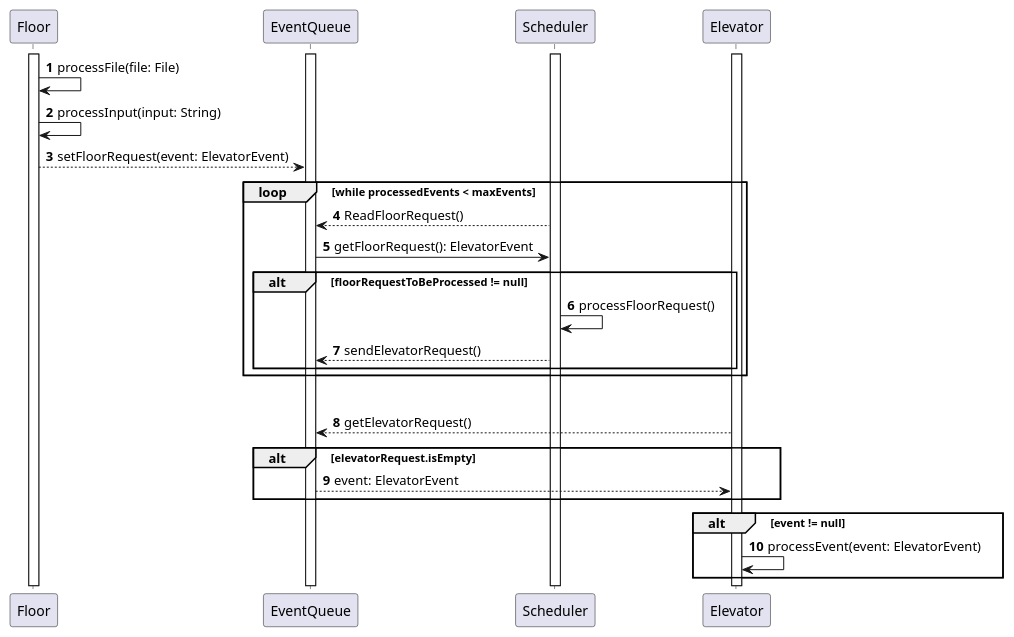
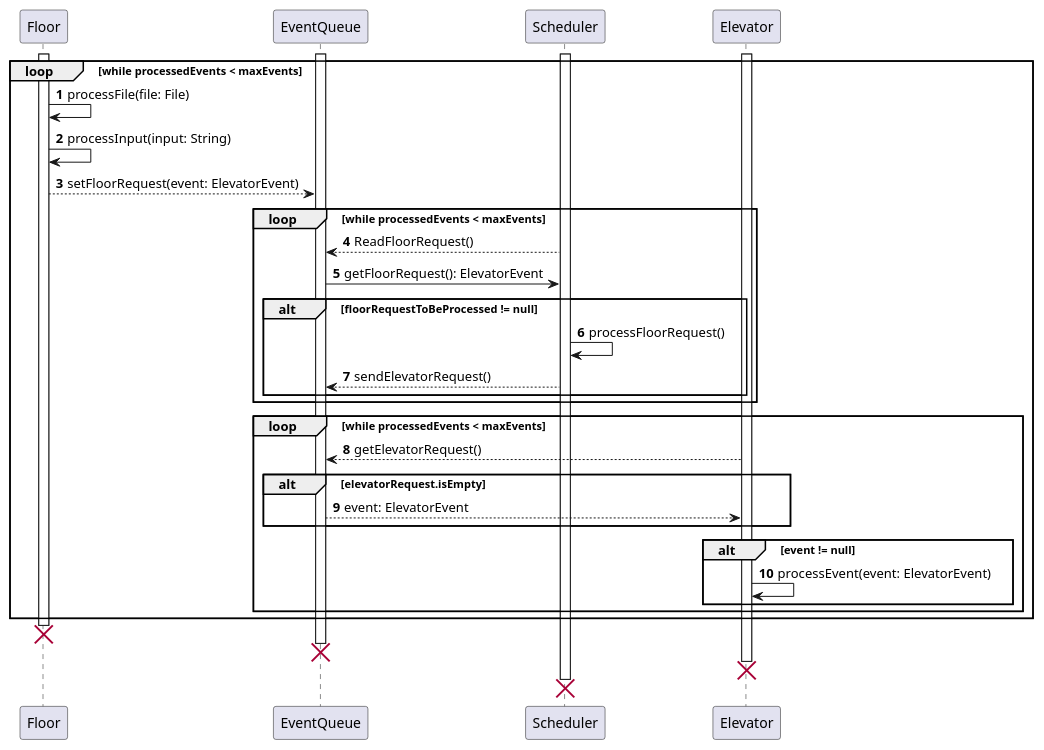
Before and after one commit to Sgt-Roukoz/SYSC3303-Project: the diagram in SequenceDiagram.puml, drawn with PlantUML.

Commit message:
Polished the sequence diagram

```diff
--- a/SequenceDiagram.puml
+++ b/SequenceDiagram.puml
@@ -1,32 +1,39 @@
 @startuml
 'https://plantuml.com/sequence-diagram
 
 autonumber
 
 activate Floor
 activate EventQueue
 activate Scheduler
 activate Elevator
-Floor -> Floor: processFile(file: File)
-Floor -> Floor: processInput(input: String)
-Floor --> EventQueue: setFloorRequest(event: ElevatorEvent)
+loop while processedEvents < maxEvents
+    Floor -> Floor: processFile(file: File)
+    Floor -> Floor: processInput(input: String)
+    Floor --> EventQueue: setFloorRequest(event: ElevatorEvent)
 
-loop while processedEvents < maxEvents
-    Scheduler --> EventQueue: ReadFloorRequest()
-    EventQueue -> Scheduler: getFloorRequest(): ElevatorEvent
-    alt floorRequestToBeProcessed != null
-        Scheduler -> Scheduler: processFloorRequest()
-        Scheduler --> EventQueue: sendElevatorRequest()
+    loop while processedEvents < maxEvents
+        Scheduler --> EventQueue: ReadFloorRequest()
+        EventQueue -> Scheduler: getFloorRequest(): ElevatorEvent
+        alt floorRequestToBeProcessed != null
+            Scheduler -> Scheduler: processFloorRequest()
+            Scheduler --> EventQueue: sendElevatorRequest()
+        end
+    end
+
+    loop while processedEvents < maxEvents
+        Elevator --> EventQueue: getElevatorRequest()
+        alt elevatorRequest.isEmpty
+            EventQueue --> Elevator: event: ElevatorEvent
+        end
+        alt event != null
+            Elevator -> Elevator: processEvent(event: ElevatorEvent)
+        end
     end
 end
 
-loop while processedEvents < maxEvents
-    Elevator --> EventQueue: getElevatorRequest()
-    alt elevatorRequest.isEmpty
-        EventQueue --> Elevator: event: ElevatorEvent
-    end
-    alt event != null
-        Elevator -> Elevator: processEvent(event: ElevatorEvent)
-    end
-
+destroy Floor
+destroy EventQueue
+destroy Elevator
+destroy Scheduler
 @enduml
```
